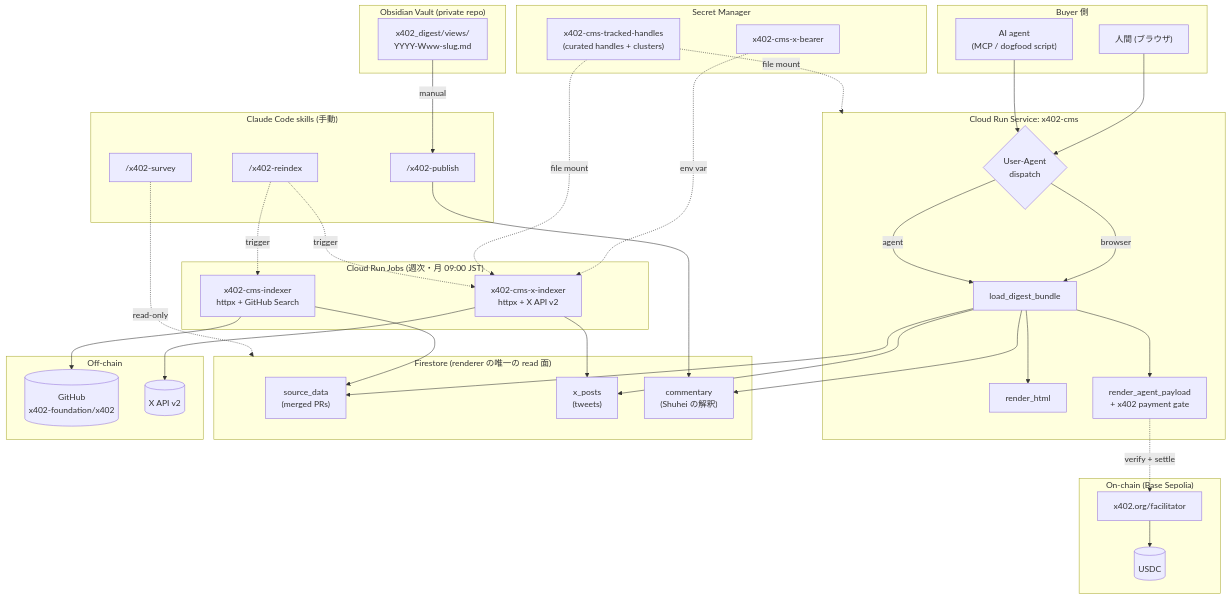
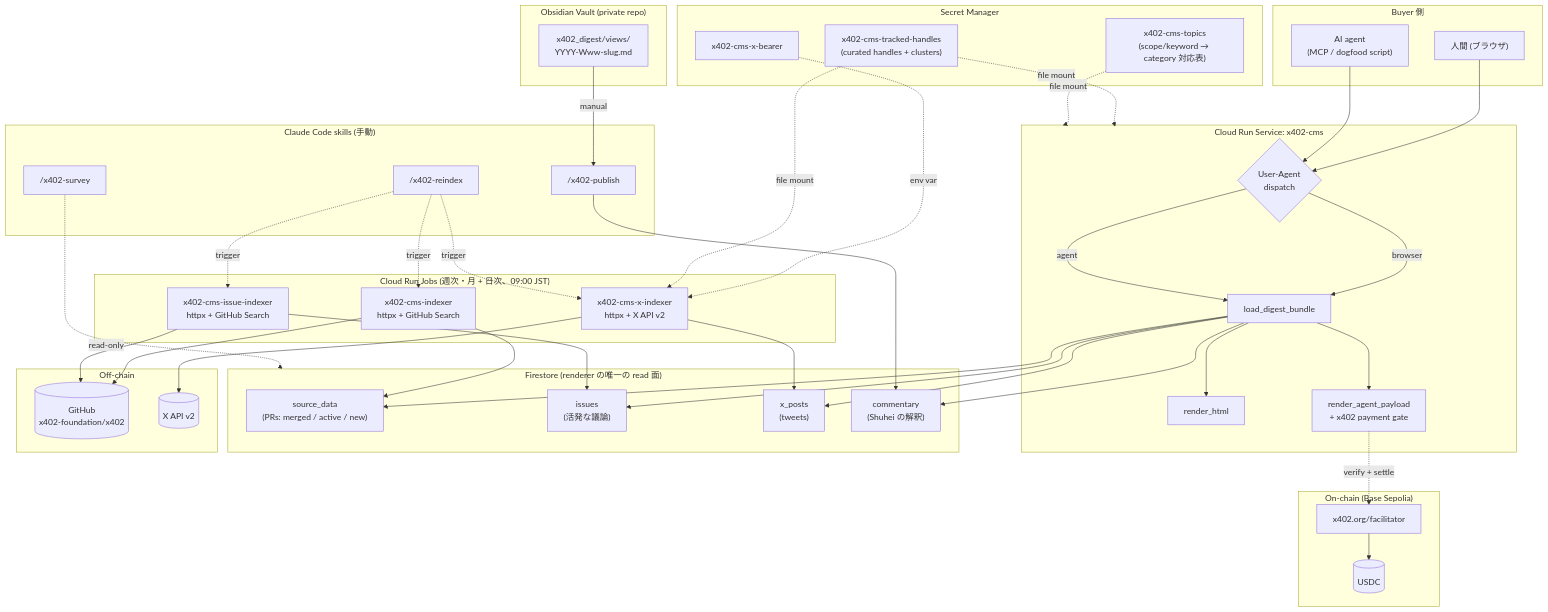
Before and after one commit to shuhei0866/x402-cms: the first of 5 diagrams in docs/architecture.ja.md, drawn with Mermaid. The commit also changed other lines of this file and 3 other files, not shown here.

First line of the commit message:
docs: refresh README + architecture to the shipped state

```diff
--- a/docs/architecture.ja.md
+++ b/docs/architecture.ja.md
@@ -31,13 +34,15 @@
   end
 
   subgraph FS["Firestore (renderer の唯一の read 面)"]
-    SrcCol["source_data<br/>(merged PRs)"]
+    SrcCol["source_data<br/>(PRs: merged / active / new)"]
+    IssueCol["issues<br/>(活発な議論)"]
     XCol["x_posts<br/>(tweets)"]
     CommCol["commentary<br/>(Shuhei の解釈)"]
   end
 
-  subgraph Jobs["Cloud Run Jobs (週次・月 09:00 JST)"]
+  subgraph Jobs["Cloud Run Jobs (週次・月 + 日次、09:00 JST)"]
     GHJob["x402-cms-indexer<br/>httpx + GitHub Search"]
+    IssueJob["x402-cms-issue-indexer<br/>httpx + GitHub Search"]
     XJob["x402-cms-x-indexer<br/>httpx + X API v2"]
   end
 
@@ -54,6 +59,7 @@
   subgraph Sec["Secret Manager"]
     Bearer["x402-cms-x-bearer"]
     Handles["x402-cms-tracked-handles<br/>(curated handles + clusters)"]
+    Topics["x402-cms-topics<br/>(scope/keyword → category 対応表)"]
   end
 
   subgraph Off["Off-chain"]
@@ -70,18 +76,23 @@
   Agent --> Dispatch
 
   Bundle --> SrcCol
+  Bundle --> IssueCol
   Bundle --> XCol
   Bundle --> CommCol
   Handles -.->|"file mount"| Service
+  Topics -.->|"file mount"| Service
 
   GHJob --> GitHub
   GHJob --> SrcCol
+  IssueJob --> GitHub
+  IssueJob --> IssueCol
   XJob --> XAPI
   XJob --> XCol
   Bearer -.->|"env var"| XJob
   Handles -.->|"file mount"| XJob
 
   Reindex -.->|"trigger"| GHJob
+  Reindex -.->|"trigger"| IssueJob
   Reindex -.->|"trigger"| XJob
   Survey -.->|"read-only"| FS
   VaultDir -->|"manual"| Publish
```
